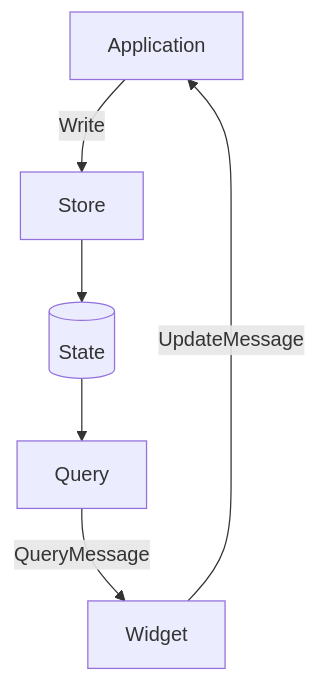
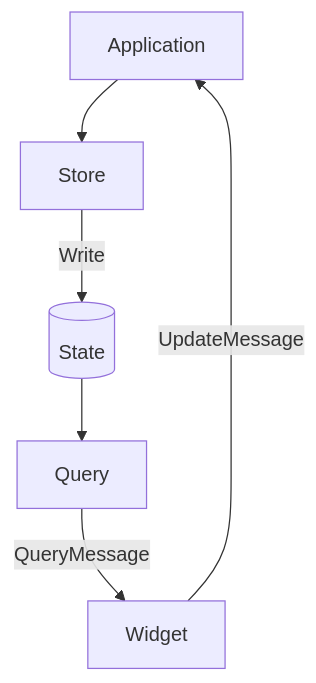
The first of 2 diagrams in text/0000-shared-widget-state.md (iced-rs/rfcs), drawn with Mermaid before and after one commit.

Commit message:
keyboard events example cleanup

````diff
--- a/text/0000-shared-widget-state.md
+++ b/text/0000-shared-widget-state.md
@@ -39,8 +39,8 @@
 ```mermaid
   graph TD;
-    Application--Write-->Store;
-    Store-->State[(State)];
+    Application-->Store;
+    Store--Write-->State[(State)];
     Query--QueryMessage-->Widget
     Widget--UpdateMessage-->Application;
     State-->Query;
 ```
````
